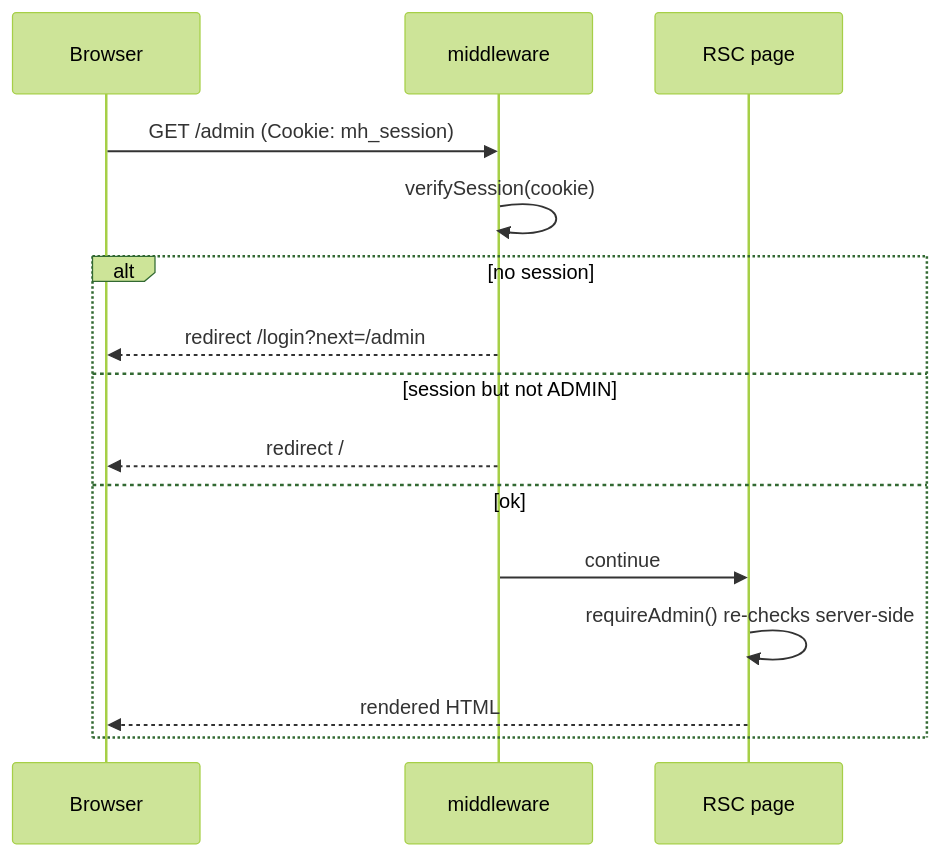
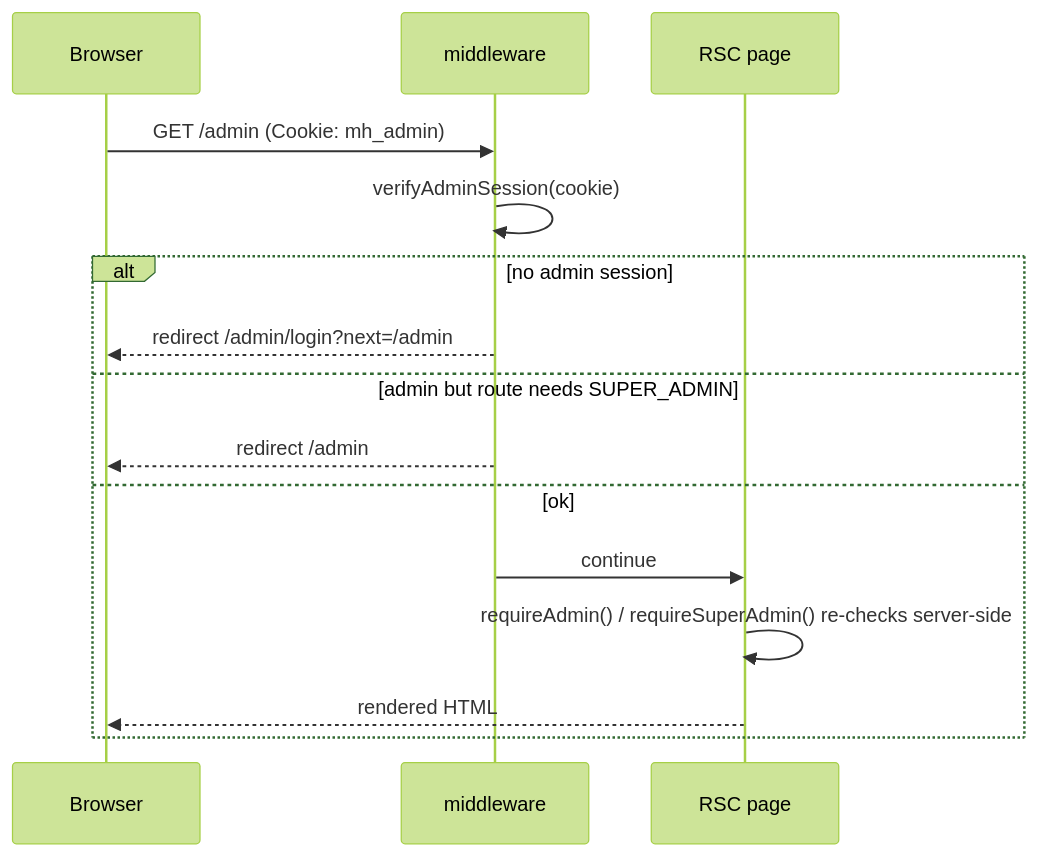
Before and after one commit to brijwanthjakhotia/model-hub: the second of 2 diagrams in docs/authentication.md, drawn with Mermaid (forest theme). The commit also changed other lines of this file and 28 other files, not shown here.

````diff
--- a/docs/authentication.md
+++ b/docs/authentication.md
@@ -68,17 +101,17 @@
 ```mermaid
 sequenceDiagram
   participant B as Browser
   participant MW as middleware
   participant P as RSC page
-  B->>MW: GET /admin (Cookie: mh_session)
-  MW->>MW: verifySession(cookie)
-  alt no session
-    MW-->>B: redirect /login?next=/admin
-  else session but not ADMIN
-    MW-->>B: redirect /
+  B->>MW: GET /admin (Cookie: mh_admin)
+  MW->>MW: verifyAdminSession(cookie)
+  alt no admin session
+    MW-->>B: redirect /admin/login?next=/admin
+  else admin but route needs SUPER_ADMIN
+    MW-->>B: redirect /admin
   else ok
     MW->>P: continue
-    P->>P: requireAdmin() re-checks server-side
+    P->>P: requireAdmin() / requireSuperAdmin() re-checks server-side
     P-->>B: rendered HTML
   end
 ```
````
